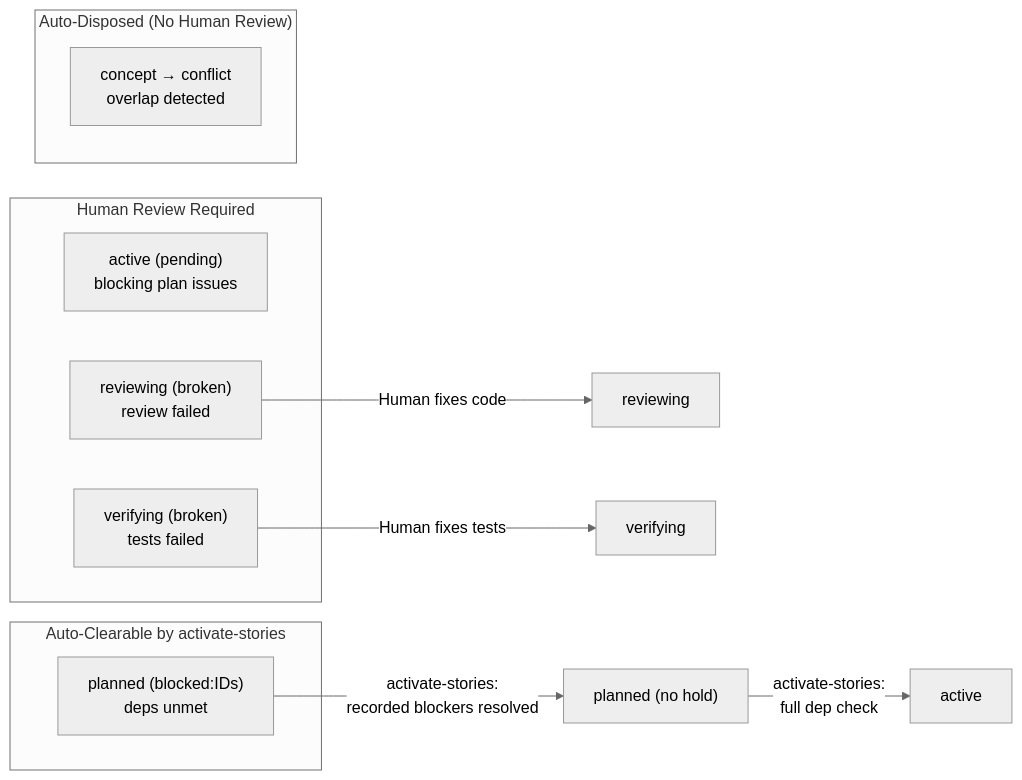
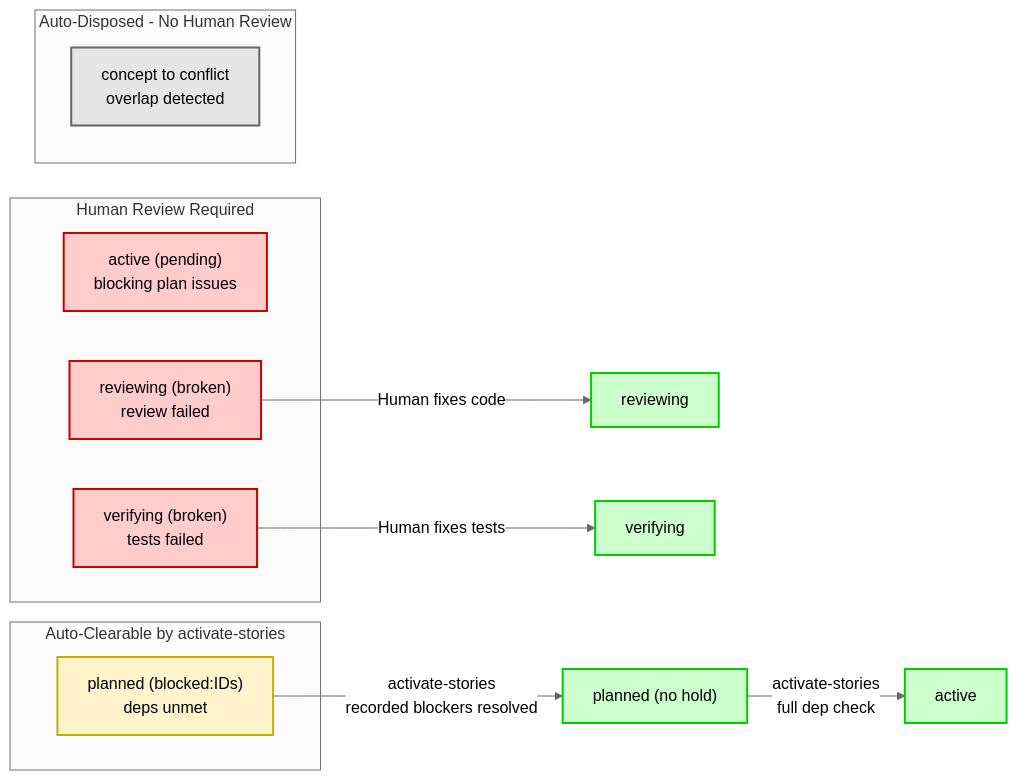
One commit to Mharbulous/SyncoPaid changed the third of 4 diagrams in .claude/skills/story-tree/references/orchestrator-workflow-complete.md. Above: the diagram before and after it, drawn with Mermaid (neutral theme). The commit also changed other lines of this file, not shown here.

Commit message:
FIX:  Complete Orchestrator Loop Structure (mermaid syntax issues)

````diff
--- a/.claude/skills/story-tree/references/orchestrator-workflow-complete.md
+++ b/.claude/skills/story-tree/references/orchestrator-workflow-complete.md
@@ -288,22 +316,37 @@
 ```mermaid
 flowchart LR
-    subgraph "Human Review Required"
+    subgraph HUMAN["Human Review Required"]
         H2["active (pending)<br/>blocking plan issues"]
         H3["reviewing (broken)<br/>review failed"]
         H4["verifying (broken)<br/>tests failed"]
     end
 
-    subgraph "Auto-Clearable by activate-stories"
+    subgraph AUTO["Auto-Clearable by activate-stories"]
         A1["planned (blocked:IDs)<br/>deps unmet"]
     end
 
-    subgraph "Auto-Disposed (No Human Review)"
-        C1["concept → conflict<br/>overlap detected"]
+    subgraph DISPOSE["Auto-Disposed - No Human Review"]
+        C1["concept to conflict<br/>overlap detected"]
     end
 
-    H3 -->|"Human fixes code"| H3_CLEAR["reviewing"]
-    H4 -->|"Human fixes tests"| H4_CLEAR["verifying"]
+    H3_CLEAR["reviewing"]
+    H4_CLEAR["verifying"]
+    A1_CLEAR["planned (no hold)"]
+    A1_ACTIVE["active"]
 
-    A1 -->|"activate-stories:<br/>recorded blockers resolved"| A1_CLEAR["planned (no hold)"]
-    A1_CLEAR -->|"activate-stories:<br/>full dep check"| A1_ACTIVE["active"]
+    H3 -->|Human fixes code| H3_CLEAR
+    H4 -->|Human fixes tests| H4_CLEAR
+
+    A1 -->|activate-stories<br/>recorded blockers resolved| A1_CLEAR
+    A1_CLEAR -->|activate-stories<br/>full dep check| A1_ACTIVE
+
+    classDef humanHold fill:#ffcccc,stroke:#cc0000,stroke-width:2px
+    classDef autoHold fill:#fff4cc,stroke:#ccaa00,stroke-width:2px
+    classDef disposed fill:#e6e6e6,stroke:#666666,stroke-width:2px
+    classDef cleared fill:#ccffcc,stroke:#00cc00,stroke-width:2px
+
+    class H2,H3,H4 humanHold
+    class A1 autoHold
+    class C1 disposed
+    class H3_CLEAR,H4_CLEAR,A1_CLEAR,A1_ACTIVE cleared
 ```
````
